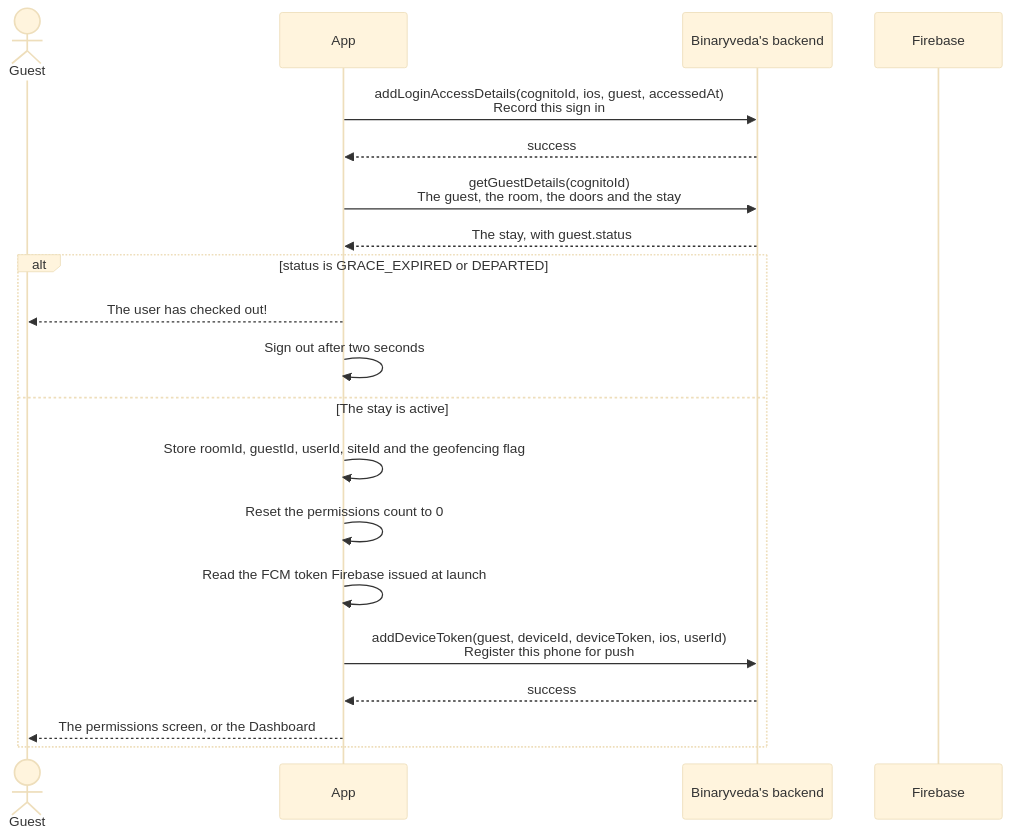
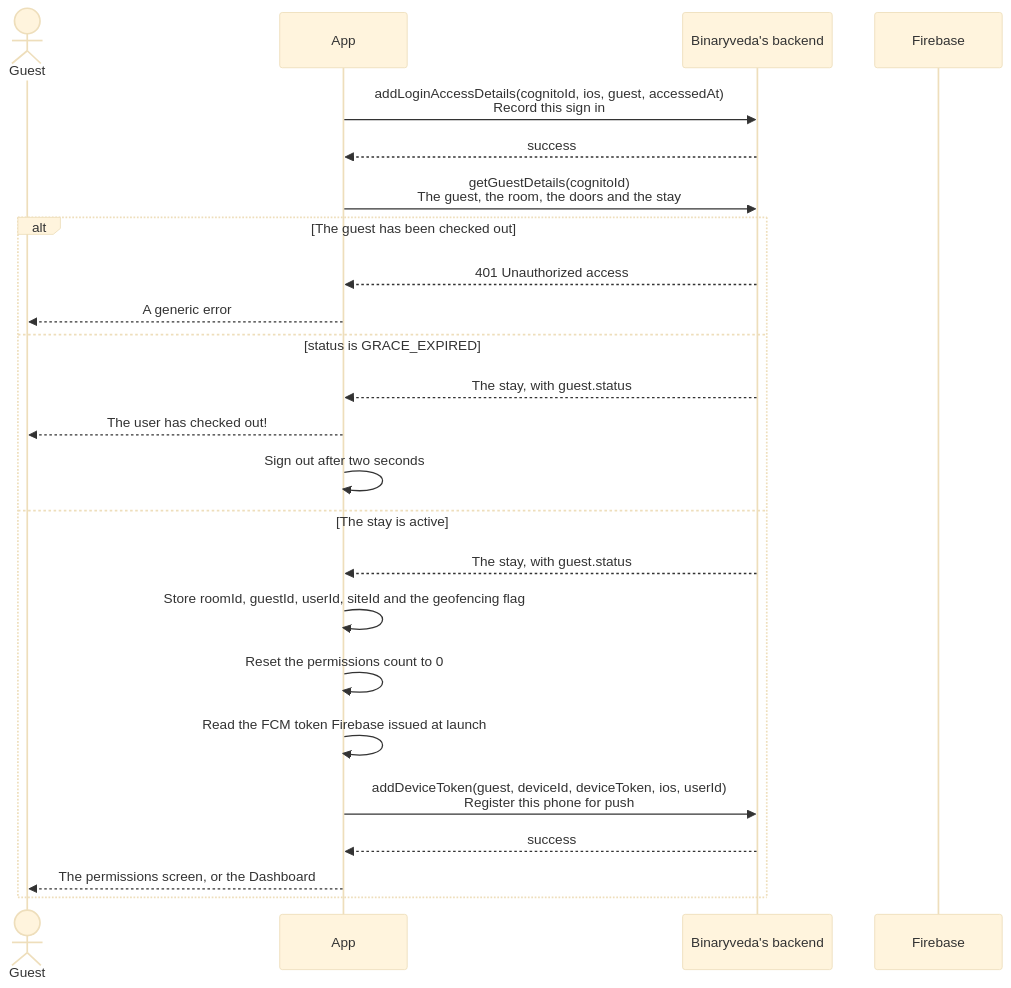
One commit to Yash-Wadatkar-Binaryveda/sdk-docs-site changed the sixth of 11 diagrams in docs/guest/user-onboarding.md. Above: the diagram before and after it, drawn with Mermaid (base theme). The commit also changed other lines of this file and 10 other files, not shown here.

````diff
--- a/docs/guest/user-onboarding.md
+++ b/docs/guest/user-onboarding.md
@@ -239,23 +240,27 @@
     ```mermaid
     sequenceDiagram
         actor G as Guest
         participant A as App
         participant B as Binaryveda's backend
         participant F as Firebase
 
         A->>B: addLoginAccessDetails(cognitoId, ios, guest, accessedAt)<br/>Record this sign in
         B-->>A: success
         A->>B: getGuestDetails(cognitoId)<br/>The guest, the room, the doors and the stay
-        B-->>A: The stay, with guest.status
-        alt status is GRACE_EXPIRED or DEPARTED
+        alt The guest has been checked out
+            B-->>A: 401 Unauthorized access
+            A-->>G: A generic error
+        else status is GRACE_EXPIRED
+            B-->>A: The stay, with guest.status
             A-->>G: The user has checked out!
             A->>A: Sign out after two seconds
         else The stay is active
+            B-->>A: The stay, with guest.status
             A->>A: Store roomId, guestId, userId, siteId and the geofencing flag
             A->>A: Reset the permissions count to 0
             A->>A: Read the FCM token Firebase issued at launch
             A->>B: addDeviceToken(guest, deviceId, deviceToken, ios, userId)<br/>Register this phone for push
             B-->>A: success
             A-->>G: The permissions screen, or the Dashboard
         end
     ```
````
